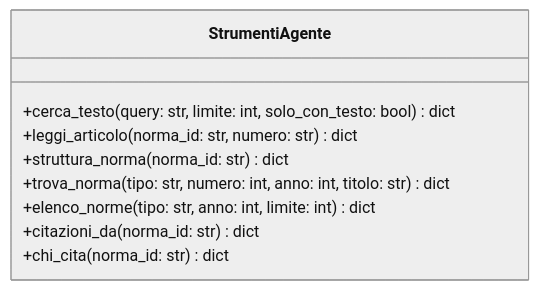
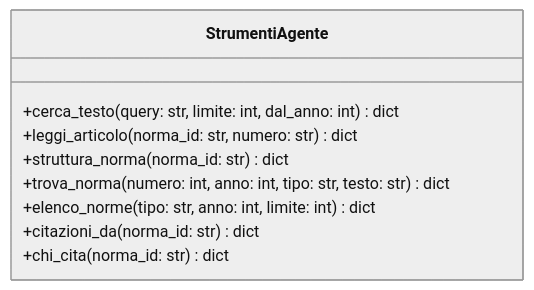
The third of 5 diagrams in docs/architettura-agente.md (simorina/GraphResponsa), drawn with Mermaid (neutral theme) before and after one commit. The commit also changed other lines of this file and 68 other files, not shown here.

````diff
--- a/docs/architettura-agente.md
+++ b/docs/architettura-agente.md
@@ -117,12 +121,12 @@
 ```mermaid
 classDiagram
     class StrumentiAgente {
-        +cerca_testo(query: str, limite: int, solo_con_testo: bool) dict
+        +cerca_testo(query: str, limite: int, dal_anno: int) dict
         +leggi_articolo(norma_id: str, numero: str) dict
         +struttura_norma(norma_id: str) dict
-        +trova_norma(tipo: str, numero: int, anno: int, titolo: str) dict
+        +trova_norma(numero: int, anno: int, tipo: str, testo: str) dict
         +elenco_norme(tipo: str, anno: int, limite: int) dict
         +citazioni_da(norma_id: str) dict
         +chi_cita(norma_id: str) dict
     }
 ```
````
